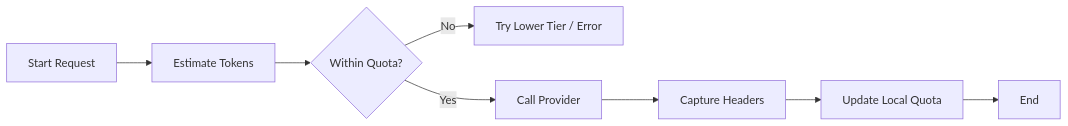
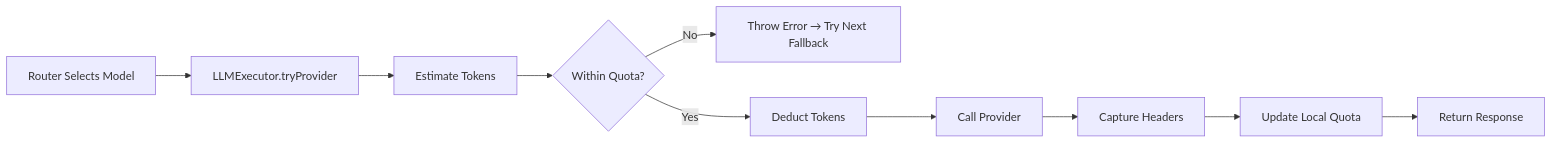
Before and after one commit to djmahe4/awesome-free-llm-apis: the third of 4 diagrams in mcp-server/docs/guide.md, drawn with Mermaid. The commit also changed other lines of this file and 15 other files, not shown here.

````diff
--- a/mcp-server/docs/guide.md
+++ b/mcp-server/docs/guide.md
@@ -76,10 +158,12 @@
 ```mermaid
 graph LR
-    A[Start Request] --> B[Estimate Tokens]
-    B --> C{Within Quota?}
-    C -- No --> D[Try Lower Tier / Error]
-    C -- Yes --> E[Call Provider]
-    E --> F[Capture Headers]
-    F --> G[Update Local Quota]
-    G --> H[End]
+    A[Router Selects Model] --> B[LLMExecutor.tryProvider]
+    B --> C[Estimate Tokens]
+    C --> D{Within Quota?}
+    D -- No --> E[Throw Error → Try Next Fallback]
+    D -- Yes --> F[Deduct Tokens]
+    F --> G[Call Provider]
+    G --> H[Capture Headers]
+    H --> I[Update Local Quota]
+    I --> J[Return Response]
 ```
````
